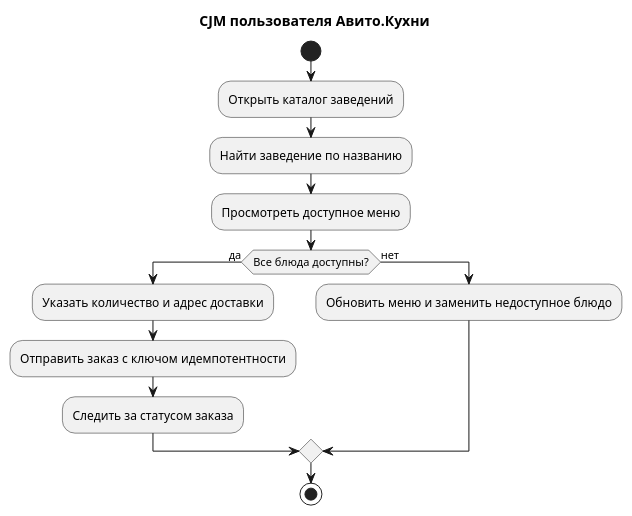
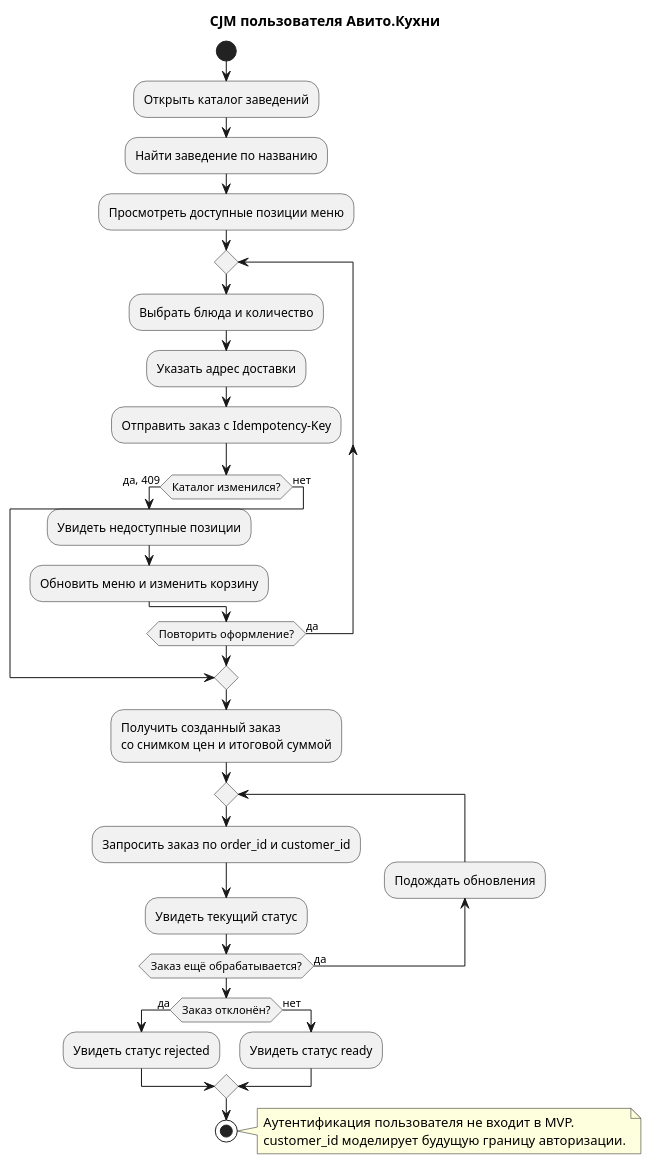
One commit to khushdil1201/avito_kitchen changed the diagram in docs/cjm-user.puml. Above: the diagram before and after it, drawn with PlantUML. The commit also changed 6 other files, not shown here.

Commit message:
docs: align architecture diagrams with implementation

```diff
--- a/docs/cjm-user.puml
+++ b/docs/cjm-user.puml
@@ -1,16 +1,40 @@
 @startuml cjm_user
 title CJM пользователя Авито.Кухни
 
 start
 :Открыть каталог заведений;
 :Найти заведение по названию;
-:Просмотреть доступное меню;
-if (Все блюда доступны?) then (да)
-  :Указать количество и адрес доставки;
-  :Отправить заказ с ключом идемпотентности;
-  :Следить за статусом заказа;
+:Просмотреть доступные позиции меню;
+
+repeat
+  :Выбрать блюда и количество;
+  :Указать адрес доставки;
+  :Отправить заказ с Idempotency-Key;
+  if (Каталог изменился?) then (да, 409)
+    :Увидеть недоступные позиции;
+    :Обновить меню и изменить корзину;
+  else (нет)
+    break
+  endif
+repeat while (Повторить оформление?) is (да)
+
+:Получить созданный заказ\nсо снимком цен и итоговой суммой;
+
+repeat
+  :Запросить заказ по order_id и customer_id;
+  :Увидеть текущий статус;
+backward:Подождать обновления;
+repeat while (Заказ ещё обрабатывается?) is (да)
+
+if (Заказ отклонён?) then (да)
+  :Увидеть статус rejected;
 else (нет)
-  :Обновить меню и заменить недоступное блюдо;
+  :Увидеть статус ready;
 endif
 stop
+
+note right
+  Аутентификация пользователя не входит в MVP.
+  customer_id моделирует будущую границу авторизации.
+end note
 @enduml
```
